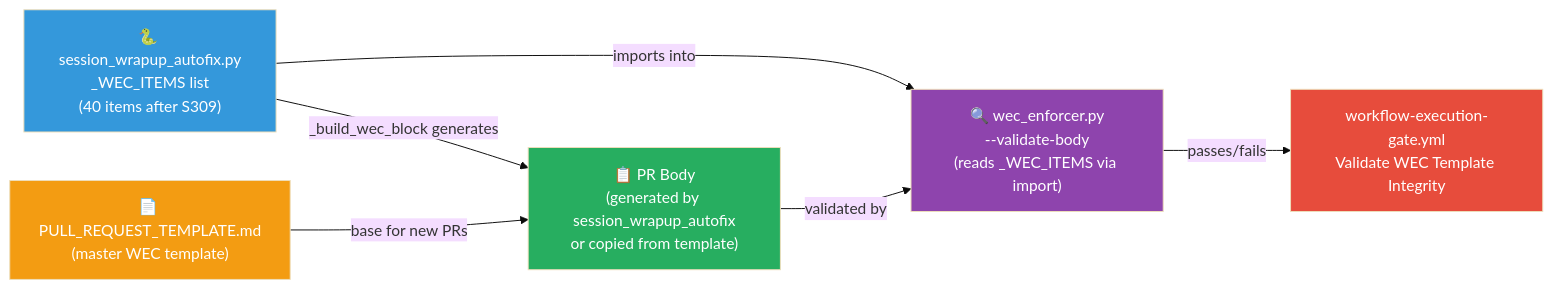
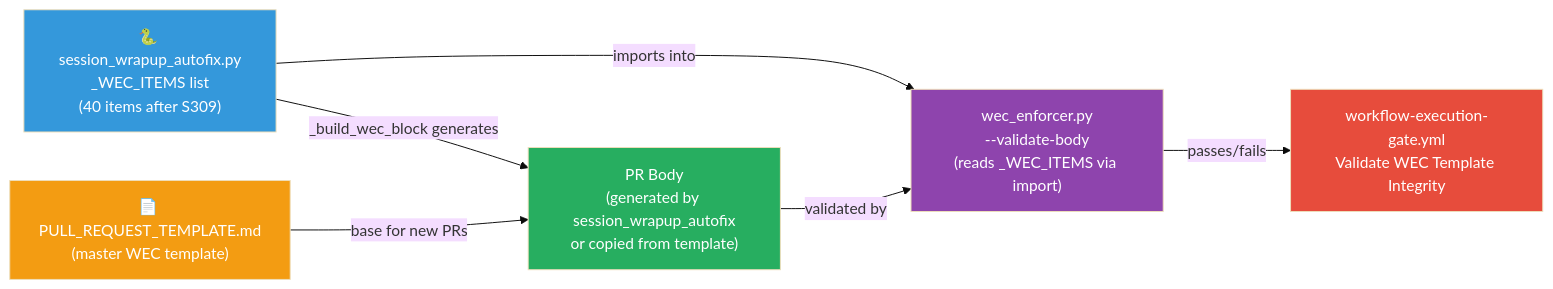
One commit to Aries-Serpent/_codex_ changed diagram 14 of 14 in docs/ci/PR_LIFECYCLE.md. Above: the diagram before and after it, drawn with Mermaid (base theme). The commit also changed other lines of this file and 1989 other files, not shown here.

````diff
--- a/docs/ci/PR_LIFECYCLE.md
+++ b/docs/ci/PR_LIFECYCLE.md
@@ -2851,21 +2851,21 @@
 ```mermaid
 %%{init: {'accessibility': {'title': 'Flowchart showing "📄 PULL_REQUEST_TEMPLATE.md<br/>(master WEC template)", "🐍 session_wrapup_autofix.py<br/>_WEC_ITEMS list<br/>(40 items after S309)"'}}%%
 graph LR
     T["📄 PULL_REQUEST_TEMPLATE.md<br/>(master WEC template)"]
     S["🐍 session_wrapup_autofix.py<br/>_WEC_ITEMS list<br/>(40 items after S309)"]
-    E["🔍 wec_enforcer.py<br/>--validate-body<br/>(reads _WEC_ITEMS via import)"]
-    P["📋 PR Body<br/>(generated by session_wrapup_autofix<br/>or copied from template)"]
+    E[" wec_enforcer.py<br/>--validate-body<br/>(reads _WEC_ITEMS via import)"]
+    P[" PR Body<br/>(generated by session_wrapup_autofix<br/>or copied from template)"]
     G[" workflow-execution-gate.yml<br/>Validate WEC Template Integrity"]
 
     S -->|imports into| E
     S -->|_build_wec_block generates| P
     T -->|base for new PRs| P
     P -->|validated by| E
     E -->|passes/fails| G
 
     style T fill:#f39c12,color:#fff
     style S fill:#3498db,color:#fff
     style E fill:#8e44ad,color:#fff
     style P fill:#27ae60,color:#fff
     style G fill:#e74c3c,color:#fff
 ```
````
